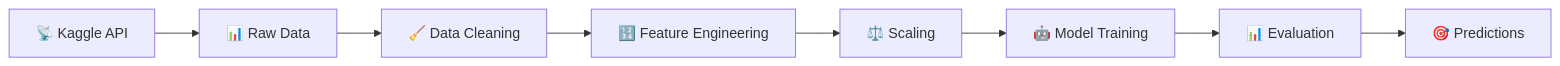
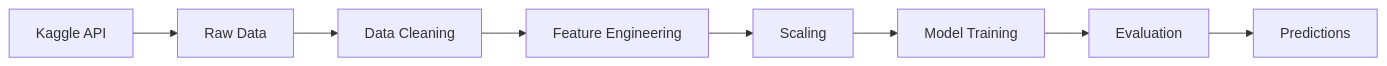
Before and after one commit to 246mayank/Credit-Score-Classification-Project: the second of 2 diagrams in README.md, drawn with Mermaid. The commit also changed other lines of this file, not shown here.

````diff
--- a/README.md
+++ b/README.md
@@ -265,10 +245,10 @@
 ```mermaid
 graph LR
-    A[📡 Kaggle API] --> B[📊 Raw Data]
-    B --> C[🧹 Data Cleaning]
-    C --> D[🔢 Feature Engineering]
-    D --> E[⚖️ Scaling]
-    E --> F[🤖 Model Training]
-    F --> G[📊 Evaluation]
-    G --> H[🎯 Predictions]
+    A[Kaggle API] --> B[Raw Data]
+    B --> C[Data Cleaning]
+    C --> D[Feature Engineering]
+    D --> E[Scaling]
+    E --> F[Model Training]
+    F --> G[Evaluation]
+    G --> H[Predictions]
 ```
````
